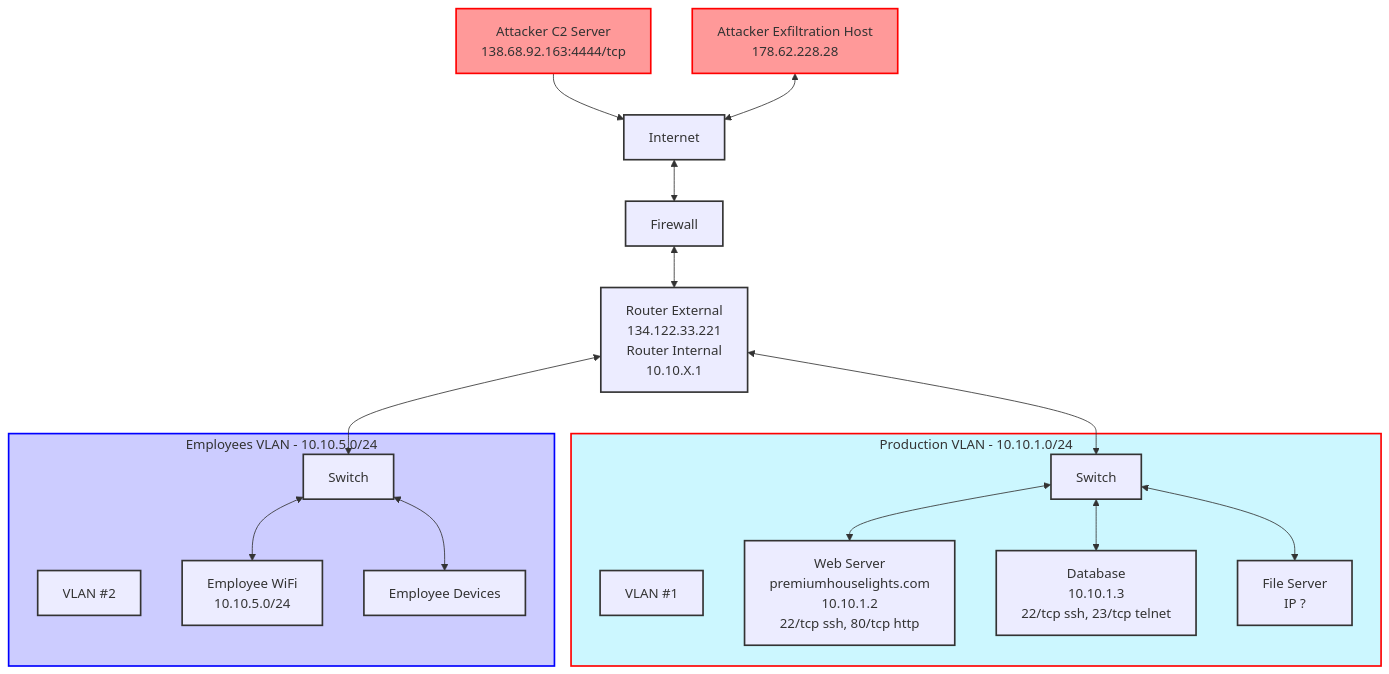
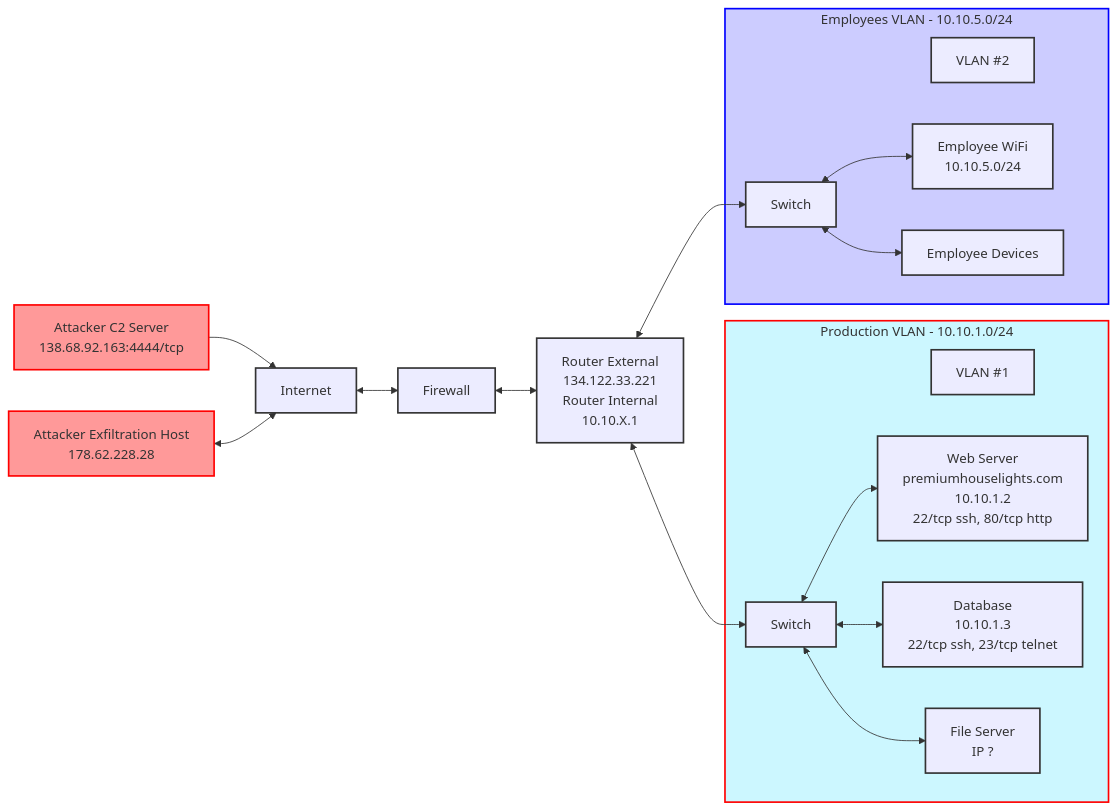
One commit to FredericGariepy/LighthouseLabs changed the diagram in PKM/W11/Case/Compass info/Case incident topology .md. Above: the diagram before and after it, drawn with Mermaid.

Commit message:
Update Case incident topology .md

````diff
--- a/PKM/W11/Case/Compass info/Case incident topology .md
+++ b/PKM/W11/Case/Compass info/Case incident topology .md
@@ -1,35 +1,35 @@
 ```mermaid
-graph TD
+graph LR
 
     AttackerC2["Attacker C2 Server<br>138.68.92.163:4444/tcp"]
     AttackerExfil["Attacker Exfiltration Host<br>178.62.228.28"]
 
     AttackerC2 --> Internet
     AttackerExfil <--> Internet
     Internet[Internet] <--> Firewall
     Firewall <--> Router["Router External<br>134.122.33.221<br>"Router Internal<br>10.10.X.1""]
 
     Router <--> Switch1[Switch]
     Router <--> Switch2[Switch]
     
     subgraph Production[Production VLAN - 10.10.1.0/24]
         VLANLabel1[VLAN #1]
         Switch1 <--> Webserver["Web Server<br>premiumhouselights.com<br>10.10.1.2<br>22/tcp ssh, 80/tcp http"]
         Switch1 <--> Database["Database<br>10.10.1.3<br>22/tcp ssh, 23/tcp telnet"]
         Switch1 <--> FileServer["File Server<br>IP ?"]
     end
     
     subgraph Employees[Employees VLAN - 10.10.5.0/24]
         VLANLabel2[VLAN #2]:::noBorder
         Switch2 <--> WiFi["Employee WiFi<br>10.10.5.0/24"]
         Switch2 <--> Devices[Employee Devices]
     end
     
     classDef default fill:#fffff,stroke:#333,stroke-width:2px;
     classDef production fill:#ccf7ff,stroke:#ff0000,stroke-width:2px;
     classDef employees fill:#ccccff,stroke:#0000ff,stroke-width:2px;
     classDef attacker fill:#ff9999,stroke:#ff0000,stroke-width:2px;
     class Production production;
     class Employees employees;
     class AttackerC2,AttackerExfil attacker;
 ```
````
